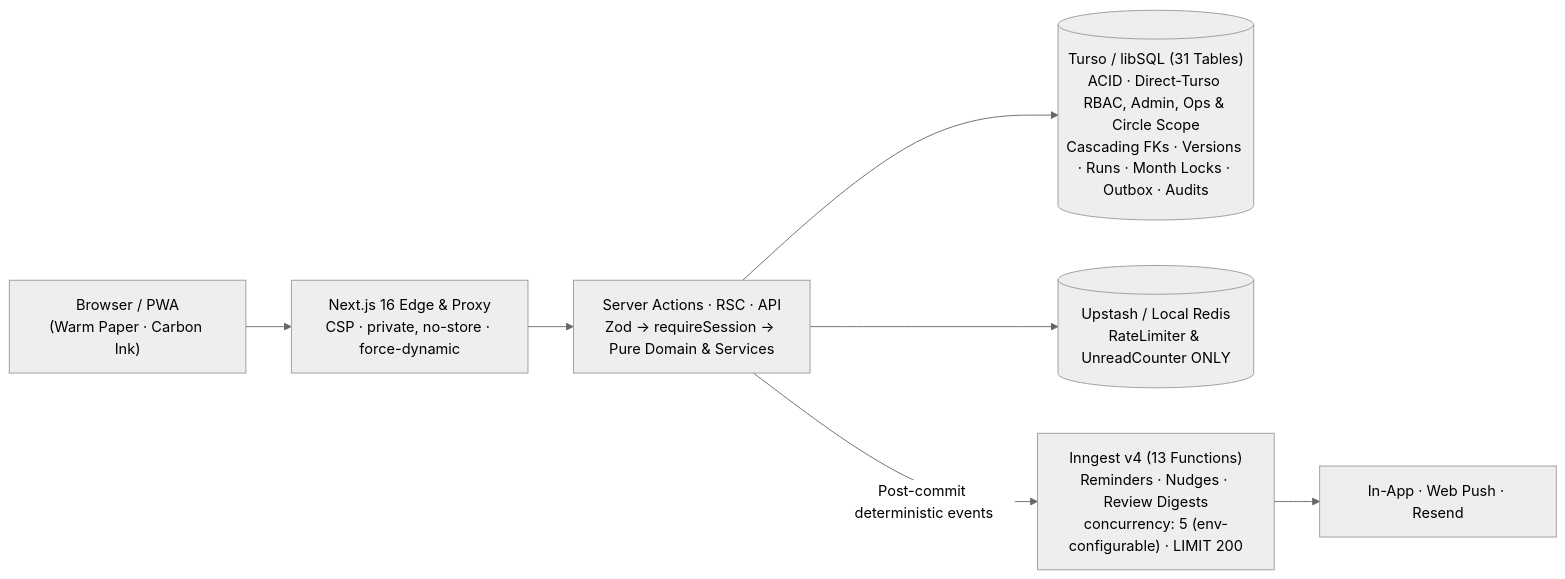
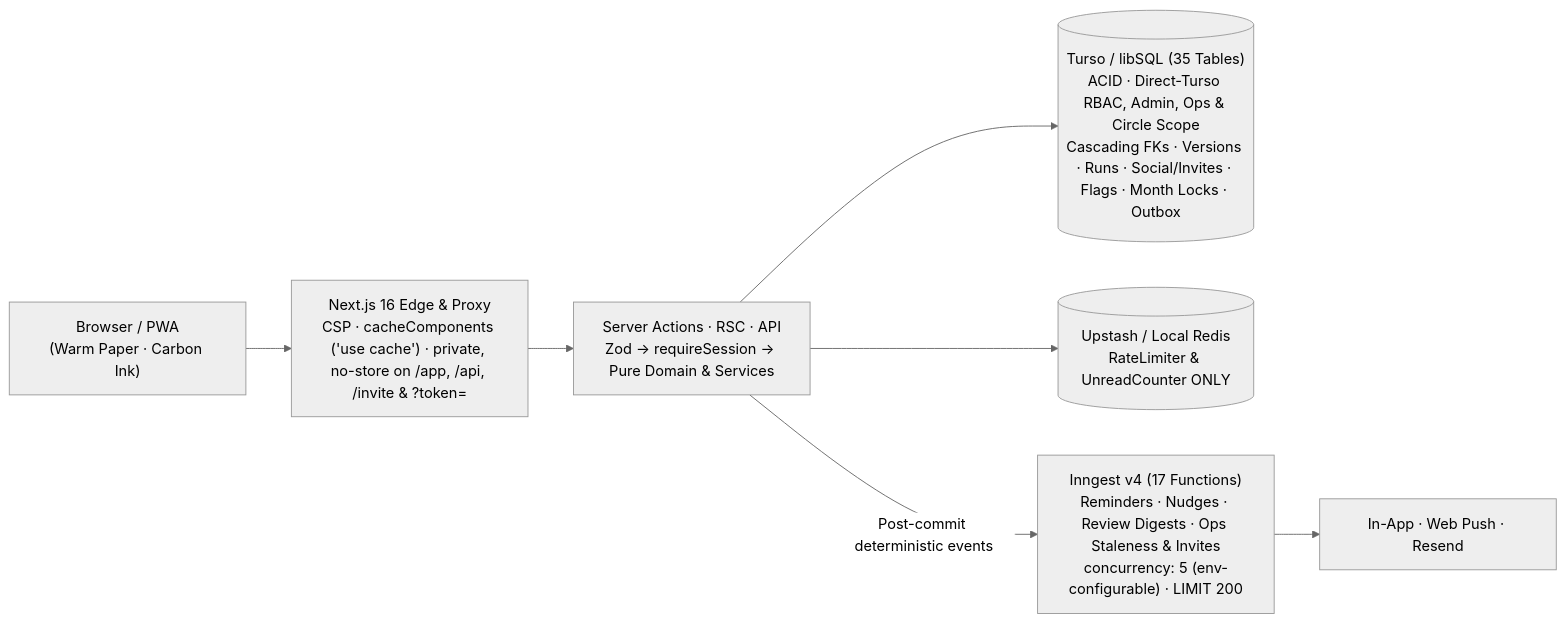
The diagram in README.md (Marvin-MM/folio_tracker), drawn with Mermaid (neutral theme) before and after one commit. The commit also changed other lines of this file and 113 other files, not shown here.

Commit message:
feat(operations): implement Operations Expansion Phase 2 collaboration RBAC, public explore, guest runner & staleness audits

````diff
--- a/README.md
+++ b/README.md
@@ -45,9 +45,9 @@
 ```mermaid
 flowchart LR
-  Browser["Browser / PWA\n(Warm Paper · Carbon Ink)"] --> Edge["Next.js 16 Edge & Proxy\nCSP · private, no-store · force-dynamic"]
+  Browser["Browser / PWA\n(Warm Paper · Carbon Ink)"] --> Edge["Next.js 16 Edge & Proxy\nCSP · cacheComponents ('use cache') · private, no-store on /app, /api, /invite & ?token="]
   Edge --> Core["Server Actions · RSC · API\nZod -> requireSession -> Pure Domain & Services"]
-  Core --> Turso[("Turso / libSQL (31 Tables)\nACID · Direct-Turso RBAC, Admin, Ops & Circle Scope\nCascading FKs · Versions · Runs · Month Locks · Outbox · Audits")]
+  Core --> Turso[("Turso / libSQL (35 Tables)\nACID · Direct-Turso RBAC, Admin, Ops & Circle Scope\nCascading FKs · Versions · Runs · Social/Invites · Flags · Month Locks · Outbox")]
   Core --> Redis[("Upstash / Local Redis\nRateLimiter & UnreadCounter ONLY")]
-  Core -->|"Post-commit deterministic events"| Inngest["Inngest v4 (13 Functions)\nReminders · Nudges · Review Digests\nconcurrency: 5 (env-configurable) · LIMIT 200"]
+  Core -->|"Post-commit deterministic events"| Inngest["Inngest v4 (17 Functions)\nReminders · Nudges · Review Digests · Ops Staleness & Invites\nconcurrency: 5 (env-configurable) · LIMIT 200"]
   Inngest --> Channels["In-App · Web Push · Resend"]
 ```
````
